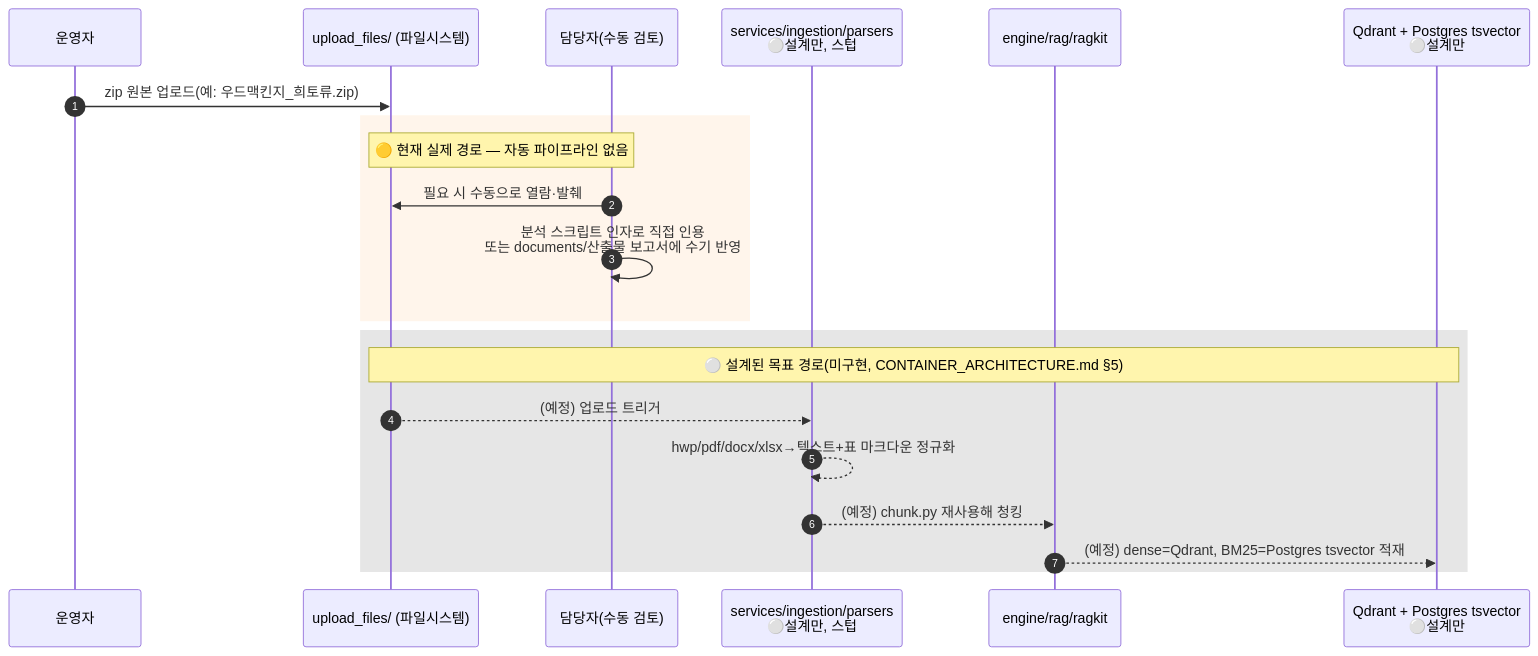
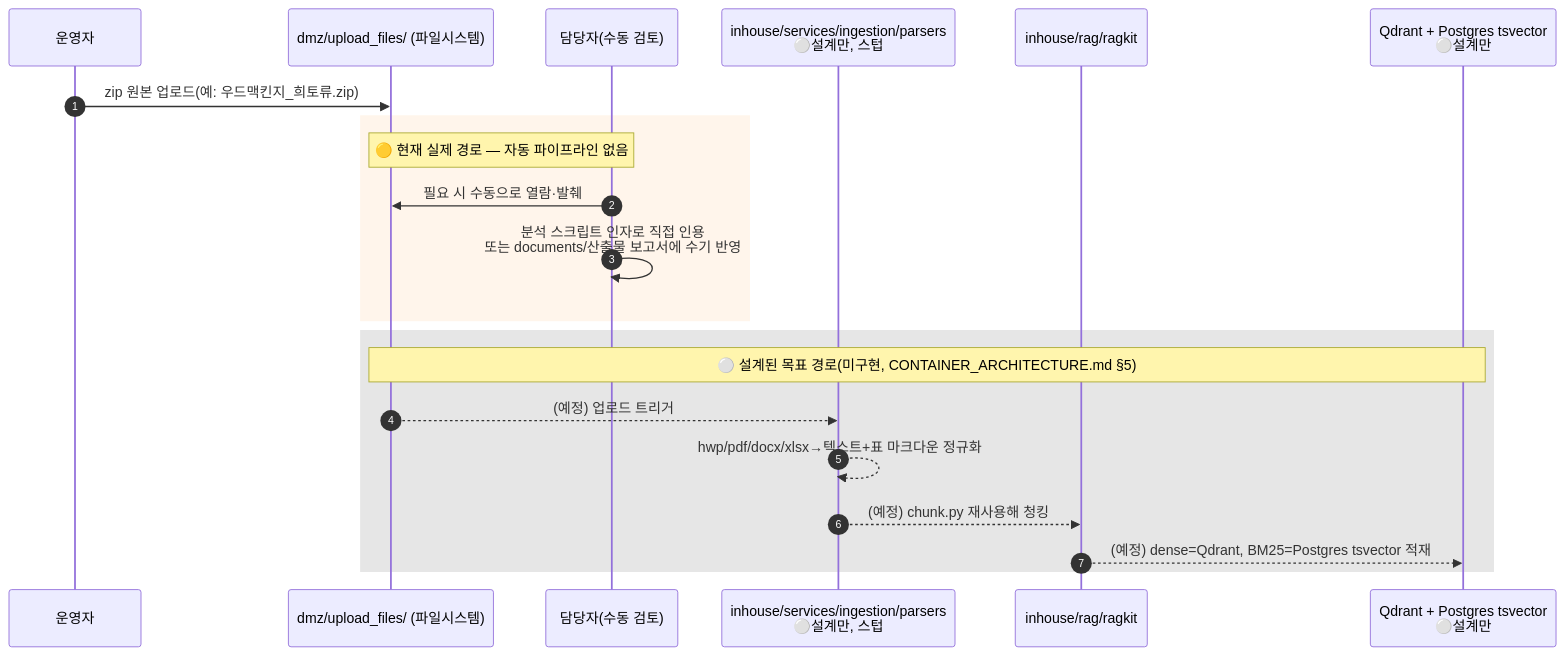
The second of 4 diagrams in documents/산출물/2026-W32_0803-0809/전체프로세스_시퀀스다이어그램_260806.md (jhkang-illunex/komir), drawn with Mermaid before and after one commit. The commit also changed other lines of this file and 715 other files, not shown here.

First line of the commit message:
feat: DMZ/inhouse 저장소 물리분리 + collectors 격리 리팩터 + skeptic-code 감사

````diff
--- a/documents/산출물/2026-W32_0803-0809/전체프로세스_시퀀스다이어그램_260806.md
+++ b/documents/산출물/2026-W32_0803-0809/전체프로세스_시퀀스다이어그램_260806.md
@@ -78,24 +89,24 @@
 ```mermaid
 sequenceDiagram
     autonumber
     participant Op as 운영자
-    participant UF as upload_files/ (파일시스템)
+    participant UF as dmz/upload_files/ (파일시스템)
     participant Human as 담당자(수동 검토)
-    participant Ing as services/ingestion/parsers<br/>⚪설계만, 스텁
-    participant Rag as engine/rag/ragkit
+    participant Ing as inhouse/services/ingestion/parsers<br/>⚪설계만, 스텁
+    participant Rag as inhouse/rag/ragkit
     participant Qdrant as Qdrant + Postgres tsvector<br/>⚪설계만
 
     Op->>UF: zip 원본 업로드(예: 우드맥킨지_희토류.zip)
     rect rgb(255,245,235)
     Note over UF,Human: 🟡 현재 실제 경로 — 자동 파이프라인 없음
     Human->>UF: 필요 시 수동으로 열람·발췌
     Human->>Human: 분석 스크립트 인자로 직접 인용<br/>또는 documents/산출물 보고서에 수기 반영
     end
     rect rgb(230,230,230)
     Note over UF,Qdrant: ⚪ 설계된 목표 경로(미구현, CONTAINER_ARCHITECTURE.md §5)
     UF-->>Ing: (예정) 업로드 트리거
     Ing-->>Ing: hwp/pdf/docx/xlsx→텍스트+표 마크다운 정규화
     Ing-->>Rag: (예정) chunk.py 재사용해 청킹
     Rag-->>Qdrant: (예정) dense=Qdrant, BM25=Postgres tsvector 적재
     end
 ```
````
